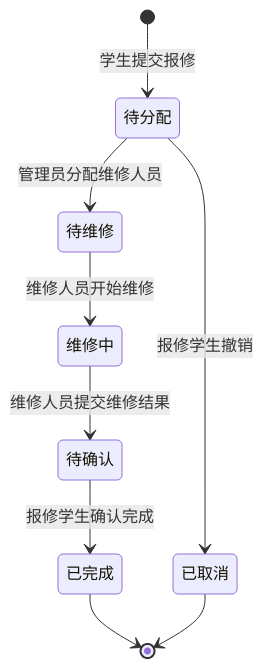
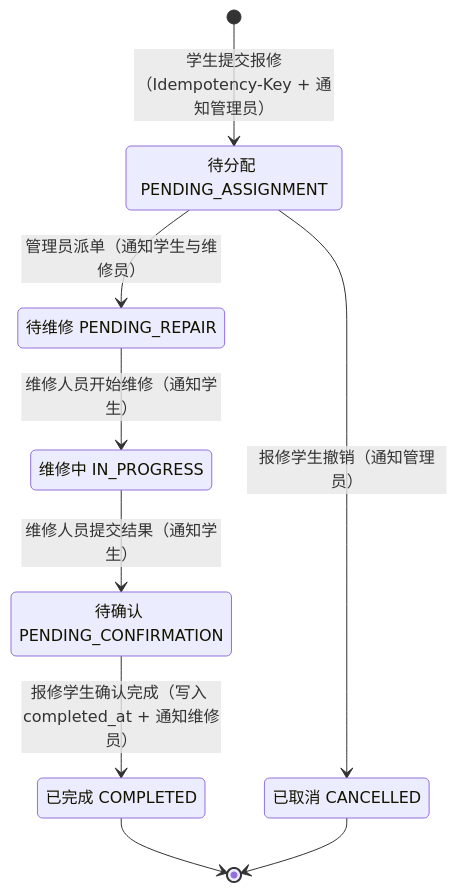
One commit to lifuxiaojiedegou/FixCampus-Showcase changed the second of 3 diagrams in docs/portfolio/SYSTEM-DIAGRAMS.md. Above: the diagram before and after it, drawn with Mermaid. The commit also changed other lines of this file and 176 other files, not shown here.

````diff
--- a/docs/portfolio/SYSTEM-DIAGRAMS.md
+++ b/docs/portfolio/SYSTEM-DIAGRAMS.md
@@ -39,18 +42,18 @@
 ```mermaid
 stateDiagram-v2
-    state "待分配" as PA
-    state "待维修" as PR
-    state "维修中" as IP
-    state "待确认" as PC
-    state "已完成" as CO
-    state "已取消" as CA
+    state "待分配 PENDING_ASSIGNMENT" as PA
+    state "待维修 PENDING_REPAIR" as PR
+    state "维修中 IN_PROGRESS" as IP
+    state "待确认 PENDING_CONFIRMATION" as PC
+    state "已完成 COMPLETED" as CO
+    state "已取消 CANCELLED" as CA
 
-    [*] --> PA: 学生提交报修
-    PA --> PR: 管理员分配维修人员
-    PR --> IP: 维修人员开始维修
-    IP --> PC: 维修人员提交维修结果
-    PC --> CO: 报修学生确认完成
-    PA --> CA: 报修学生撤销
+    [*] --> PA: 学生提交报修（Idempotency-Key + 通知管理员）
+    PA --> PR: 管理员派单（通知学生与维修员）
+    PR --> IP: 维修人员开始维修（通知学生）
+    IP --> PC: 维修人员提交结果（通知学生）
+    PC --> CO: 报修学生确认完成（写入 completed_at + 通知维修员）
+    PA --> CA: 报修学生撤销（通知管理员）
     CO --> [*]
     CA --> [*]
 ```
````
